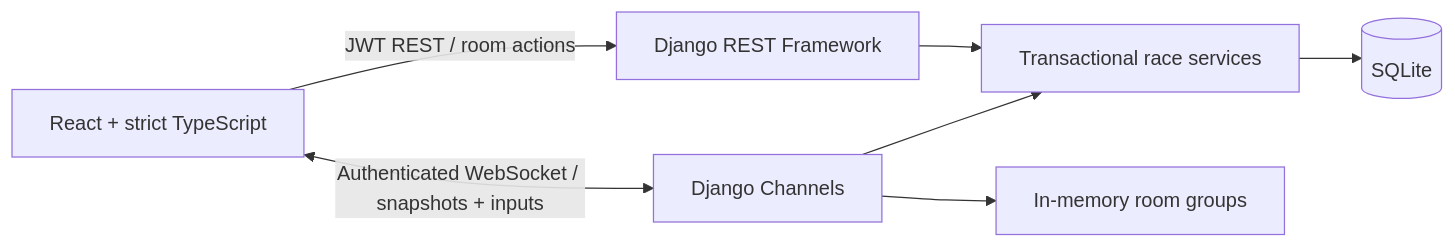
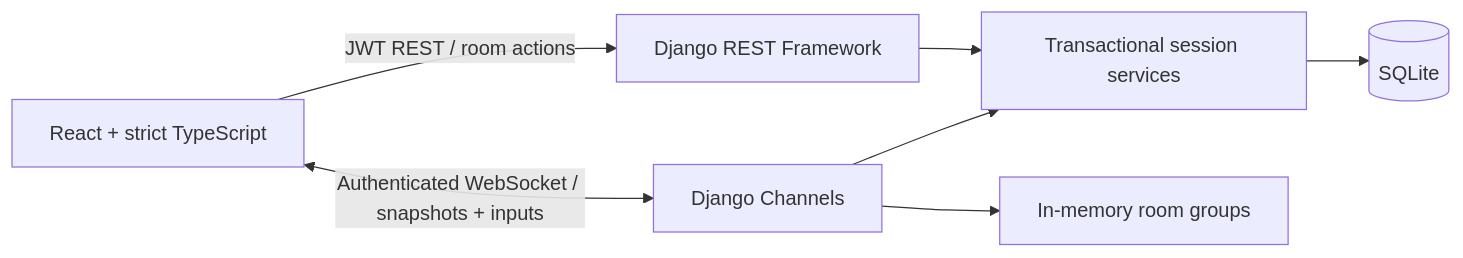
One commit to 2Bandie/Web-Application-Dev changed the diagram in Projects/Midterm/README.md. Above: the diagram before and after it, drawn with Mermaid. The commit also changed other lines of this file and 18 other files, not shown here.

````diff
--- a/Projects/Midterm/README.md
+++ b/Projects/Midterm/README.md
@@ -54,9 +80,9 @@
 ```mermaid
 flowchart LR
     UI[React + strict TypeScript] -->|JWT REST / room actions| API[Django REST Framework]
     UI <-->|Authenticated WebSocket / snapshots + inputs| WS[Django Channels]
-    API --> Rules[Transactional race services]
+    API --> Rules[Transactional session services]
     WS --> Rules
     Rules --> DB[(SQLite)]
     WS --> Groups[In-memory room groups]
 ```
````
